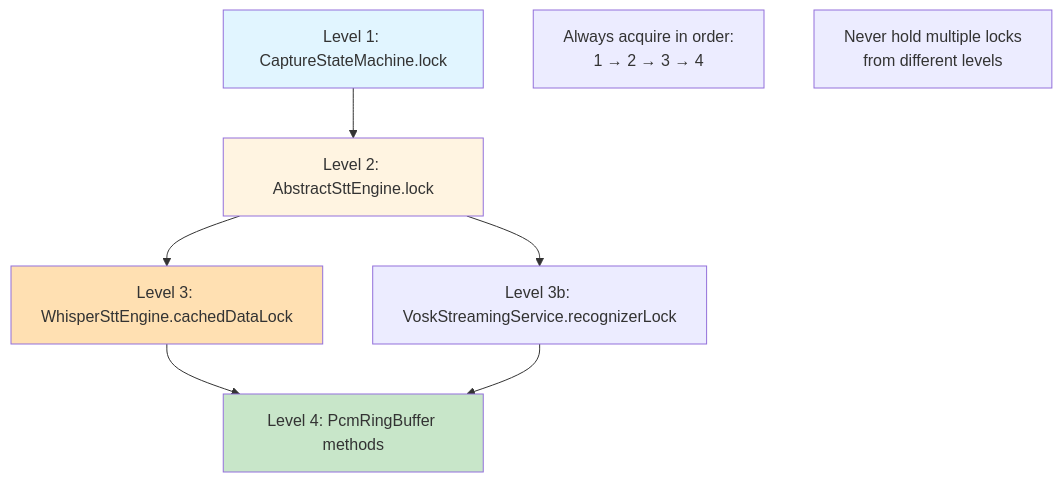
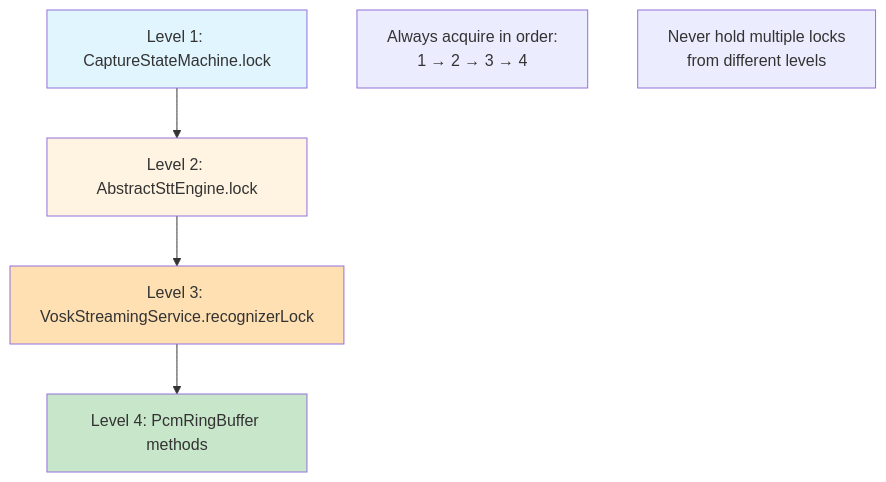
One commit to phillippitts/speakToMack changed diagram 12 of 15 in docs/diagrams/thread-model-concurrency.md. Above: the diagram before and after it, drawn with Mermaid. The commit also changed other lines of this file and 499 other files, not shown here.

````diff
--- a/docs/diagrams/thread-model-concurrency.md
+++ b/docs/diagrams/thread-model-concurrency.md
@@ -391,22 +384,19 @@
 ```mermaid
 graph TB
     Level1[Level 1: CaptureStateMachine.lock]
     Level2[Level 2: AbstractSttEngine.lock]
-    Level3[Level 3: WhisperSttEngine.cachedDataLock]
-    Level3b[Level 3b: VoskStreamingService.recognizerLock]
+    Level3[Level 3: VoskStreamingService.recognizerLock]
     Level4[Level 4: PcmRingBuffer methods]
 
     Level1 --> Level2
     Level2 --> Level3
-    Level2 --> Level3b
     Level3 --> Level4
-    Level3b --> Level4
 
     Note1[Always acquire in order:<br/>1 → 2 → 3 → 4]
     Note2[Never hold multiple locks<br/>from different levels]
 
     style Level1 fill:#e1f5ff
     style Level2 fill:#fff4e1
     style Level3 fill:#ffe0b2
     style Level4 fill:#c8e6c9
 ```
````
